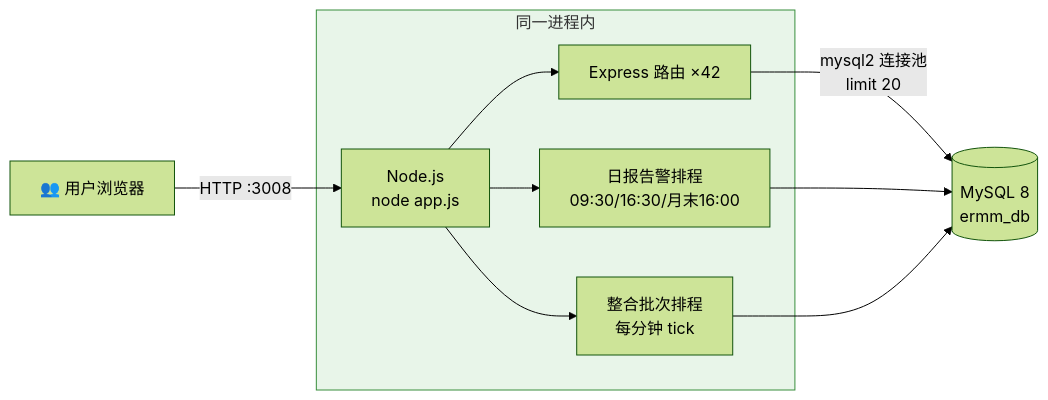
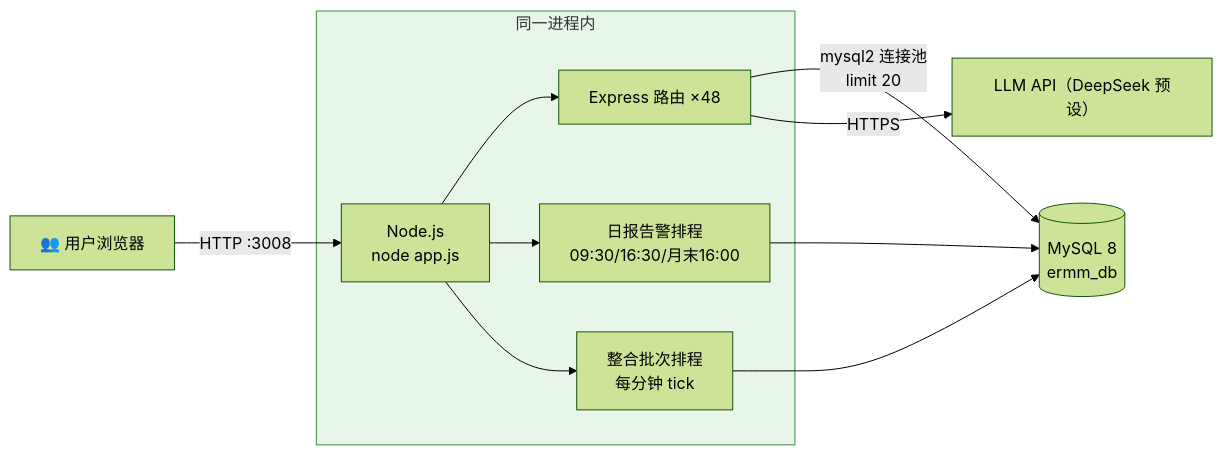
One commit to rocky1953/ERMM-finance-system changed the tenth of 11 diagrams in docs/ERMM_系統架構與流程圖.md. Above: the diagram before and after it, drawn with Mermaid (forest theme). The commit also changed other lines of this file and 1 other file, not shown here.

````diff
--- a/docs/ERMM_系統架構與流程圖.md
+++ b/docs/ERMM_系統架構與流程圖.md
@@ -300,13 +380,14 @@
 ```mermaid
 flowchart LR
     USER["👥 用户浏览器"] -->|HTTP :3008| NODE["Node.js<br/>node app.js"]
     subgraph NODE_PROC["同一进程内"]
-        NODE --> EXP["Express 路由 ×42"]
+        NODE --> EXP["Express 路由 ×48"]
         NODE --> SCH1["日报告警排程<br/>09:30/16:30/月末16:00"]
         NODE --> SCH2["整合批次排程<br/>每分钟 tick"]
     end
     EXP -->|mysql2 连接池<br/>limit 20| MYSQL[("MySQL 8<br/>ermm_db")]
     SCH1 & SCH2 --> MYSQL
+    EXP -->|HTTPS| LLMAPI["LLM API（DeepSeek 预设）"]
 
     style NODE_PROC fill:#e8f5e9,stroke:#388e3c
 ```
````
